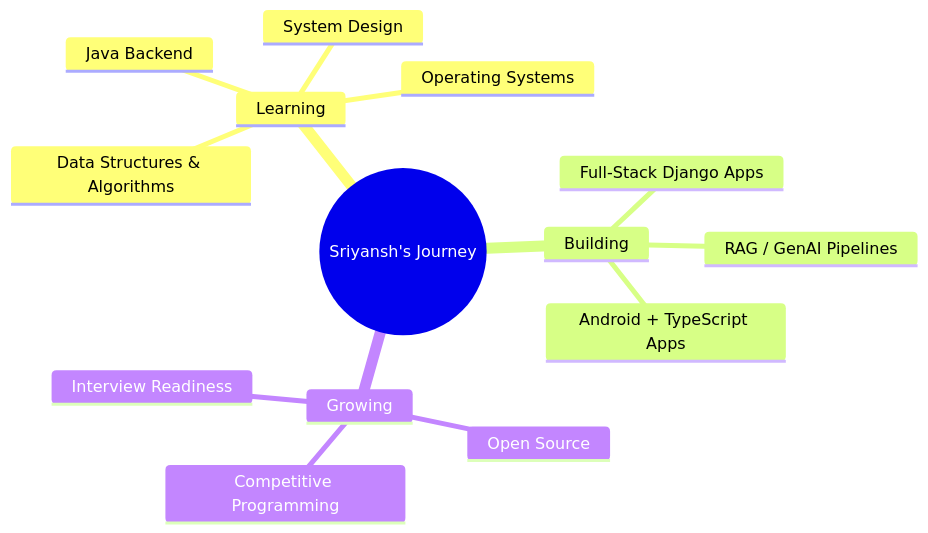
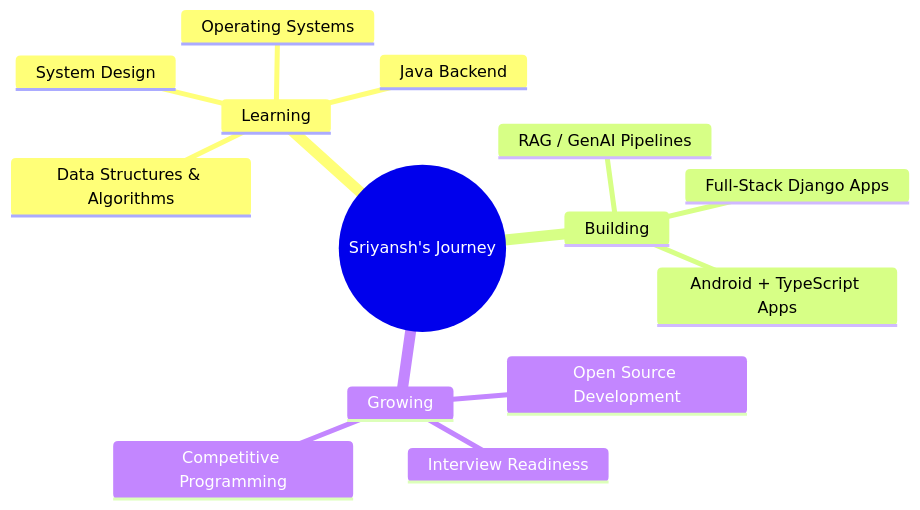
The diagram in README.md (sriyansh-dev/sriyansh-dev), drawn with Mermaid before and after one commit. The commit also changed other lines of this file, not shown here.

````diff
--- a/README.md
+++ b/README.md
@@ -144,17 +173,17 @@
 ```mermaid
 mindmap
   root((Sriyansh's Journey))
     Learning
       Data Structures & Algorithms
       System Design
+      Operating Systems
       Java Backend
-      Operating Systems
     Building
+      RAG / GenAI Pipelines
       Full-Stack Django Apps
-      RAG / GenAI Pipelines
       Android + TypeScript Apps
     Growing
-      Open Source
+      Open Source Development
+      Interview Readiness
       Competitive Programming
-      Interview Readiness
 ```
````
